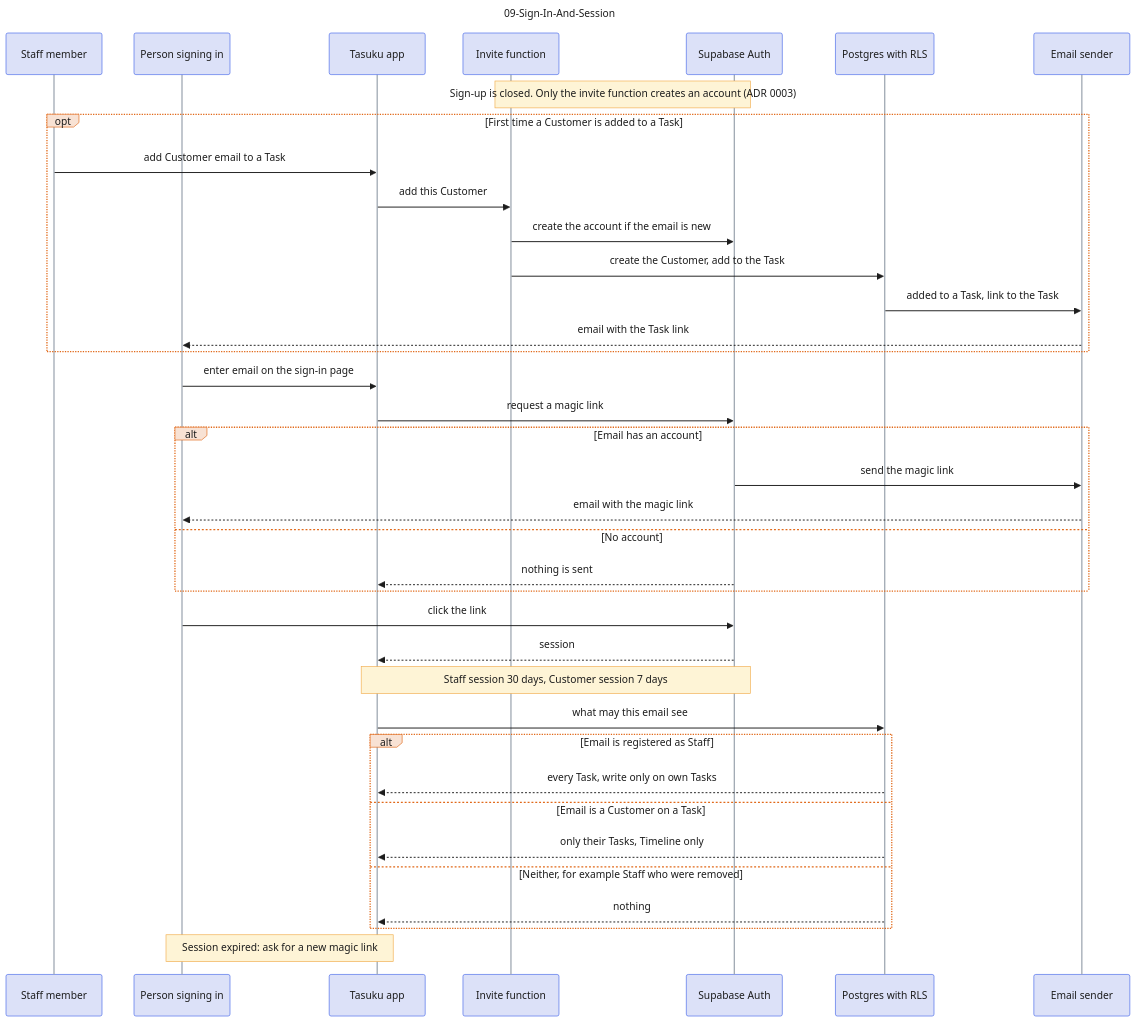
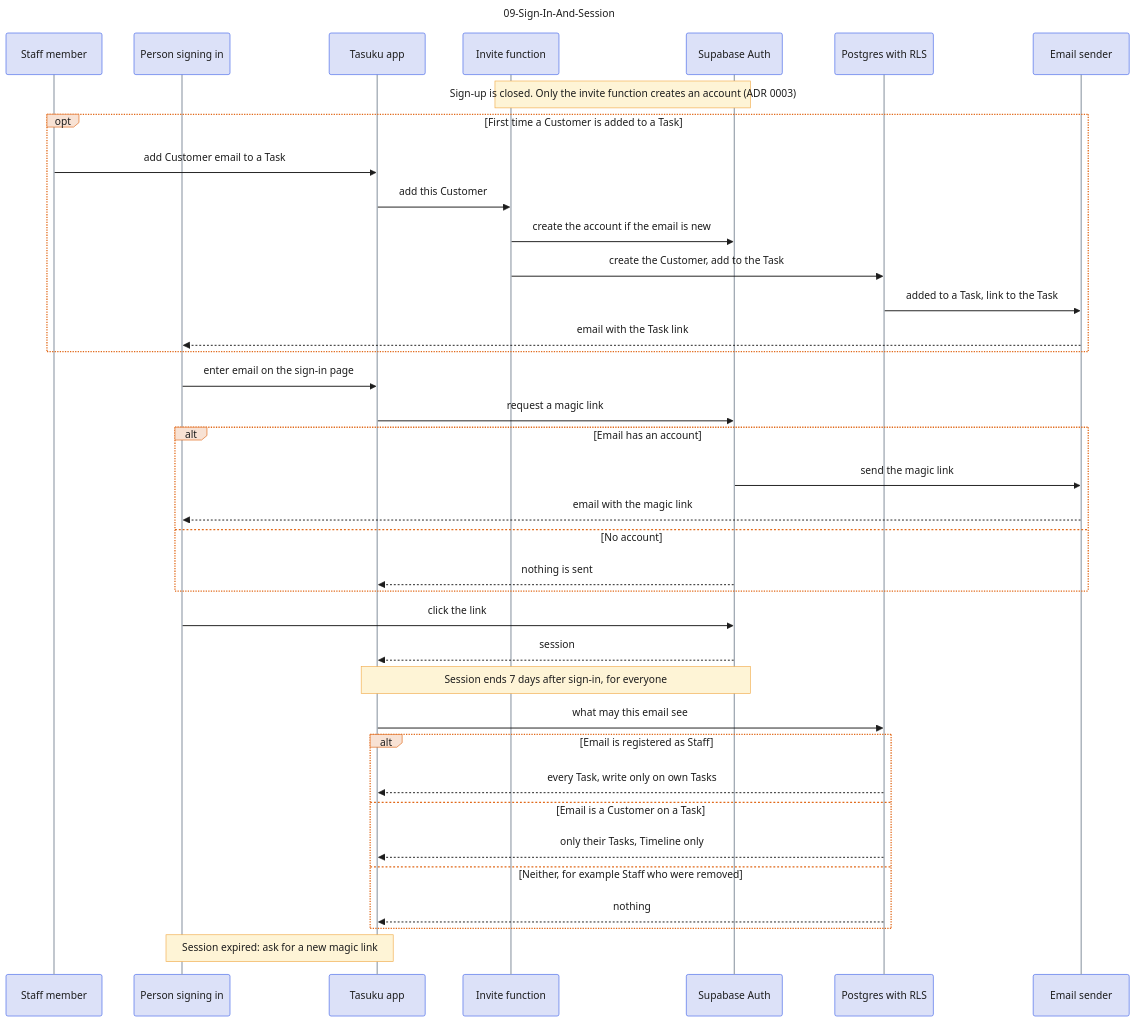
The diagram in docs/diagram/09-Sign-In-And-Session.md (jedt3d/tasuku), drawn with Mermaid before and after one commit. The commit also changed other lines of this file and 7 other files, not shown here.

First line of the commit message:
docs: sync diagrams with Staff administration (#3)

```diff
--- a/docs/diagram/09-Sign-In-And-Session.md
+++ b/docs/diagram/09-Sign-In-And-Session.md
@@ -105,7 +105,7 @@
   end
   P->>Auth: click the link
   Auth-->>App: session
-  Note over Auth,App: Staff session 30 days, Customer session 7 days
+  Note over Auth,App: Session ends 7 days after sign-in, for everyone
   App->>DB: what may this email see
   alt Email is registered as Staff
     DB-->>App: every Task, write only on own Tasks
```
